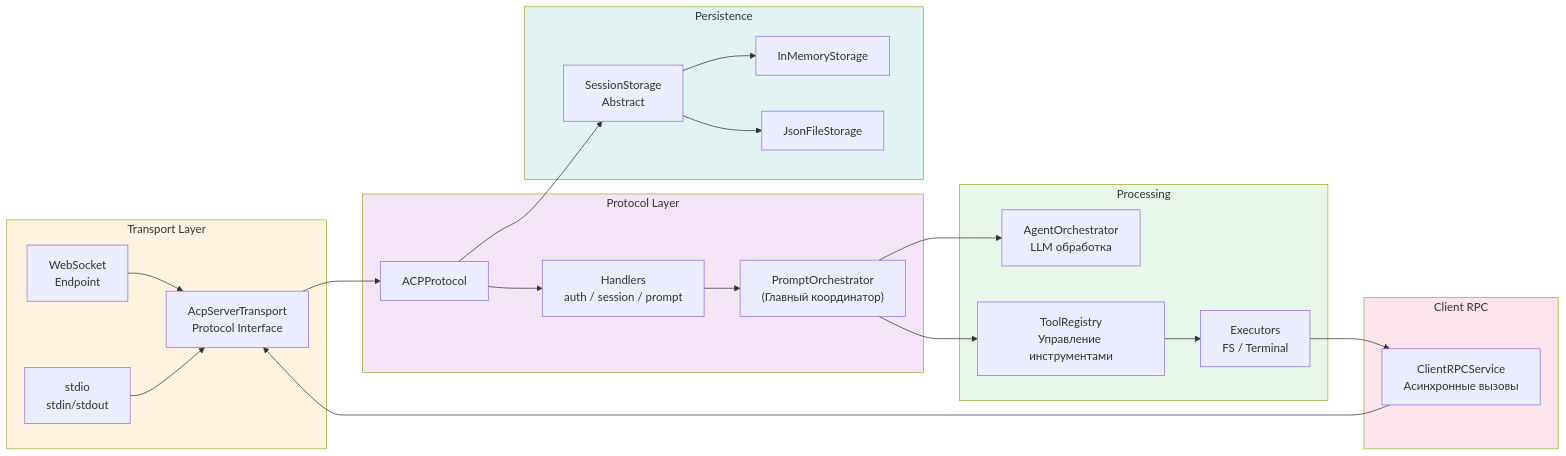
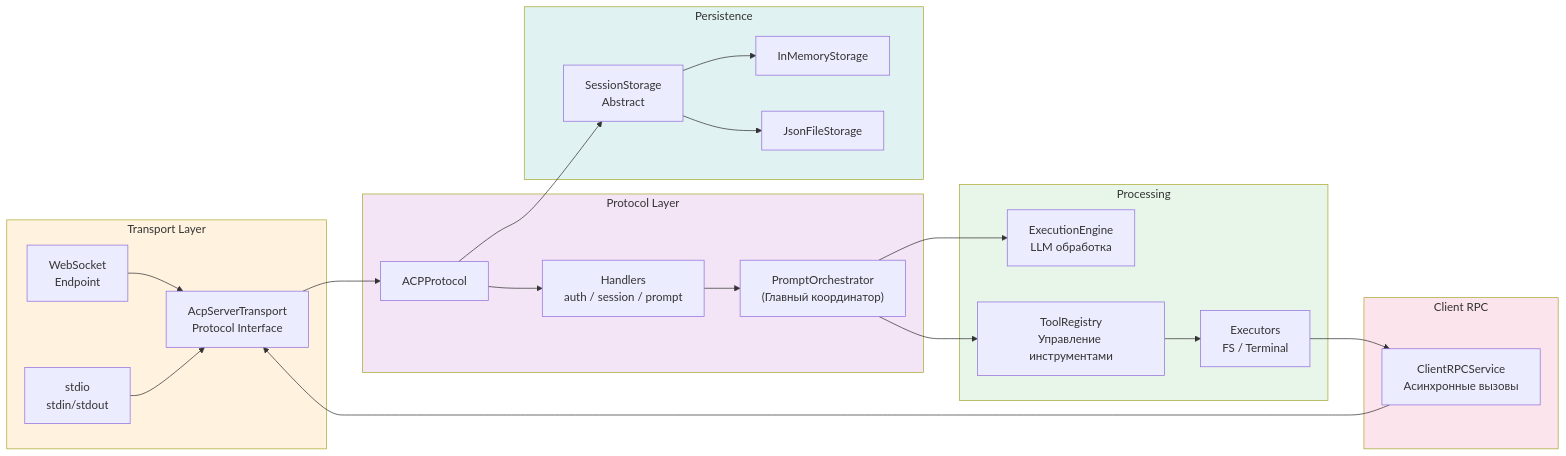
One commit to pese-git/codelab-agent changed the second of 15 diagrams in ARCHITECTURE.md. Above: the diagram before and after it, drawn with Mermaid. The commit also changed other lines of this file and 10 other files, not shown here.

````diff
--- a/ARCHITECTURE.md
+++ b/ARCHITECTURE.md
@@ -103,51 +103,51 @@
 ```mermaid
 graph LR
     subgraph Transport["Transport Layer"]
         WS["WebSocket<br/>Endpoint"]
         STDIO["stdio<br/>stdin/stdout"]
         Base["AcpServerTransport<br/>Protocol Interface"]
     end
     
     subgraph Protocol["Protocol Layer"]
         Core["ACPProtocol"]
         Handlers["Handlers<br/>auth / session / prompt"]
         PromptOrch["PromptOrchestrator<br/>(Главный координатор)"]
     end
     
     subgraph Processing["Processing"]
-        Agent["AgentOrchestrator<br/>LLM обработка"]
+        Agent["ExecutionEngine<br/>LLM обработка"]
         ToolReg["ToolRegistry<br/>Управление инструментами"]
         Executors["Executors<br/>FS / Terminal"]
     end
     
     subgraph Persistence["Persistence"]
         SessionStore["SessionStorage<br/>Abstract"]
         InMem["InMemoryStorage"]
         JsonFile["JsonFileStorage"]
     end
     
     subgraph RPC["Client RPC"]
         ClientRPCService["ClientRPCService<br/>Асинхронные вызовы"]
     end
     
     WS --> Base
     STDIO --> Base
     Base --> Core
     Core --> Handlers
     Handlers --> PromptOrch
     PromptOrch --> Agent
     PromptOrch --> ToolReg
     ToolReg --> Executors
     Executors --> ClientRPCService
     ClientRPCService --> Base
     
     Core --> SessionStore
     SessionStore --> InMem
     SessionStore --> JsonFile
     
     style Transport fill:#fff3e0
     style Protocol fill:#f3e5f5
     style Processing fill:#e8f5e9
     style Persistence fill:#e0f2f1
     style RPC fill:#fce4ec
 ```
````
